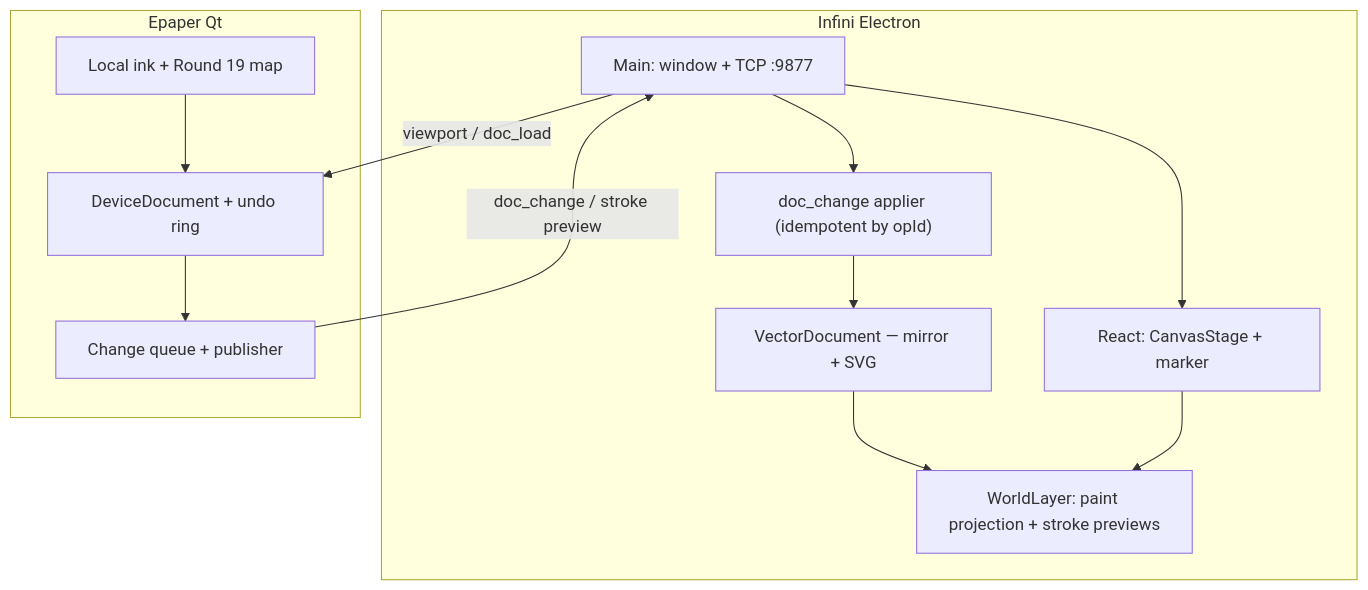
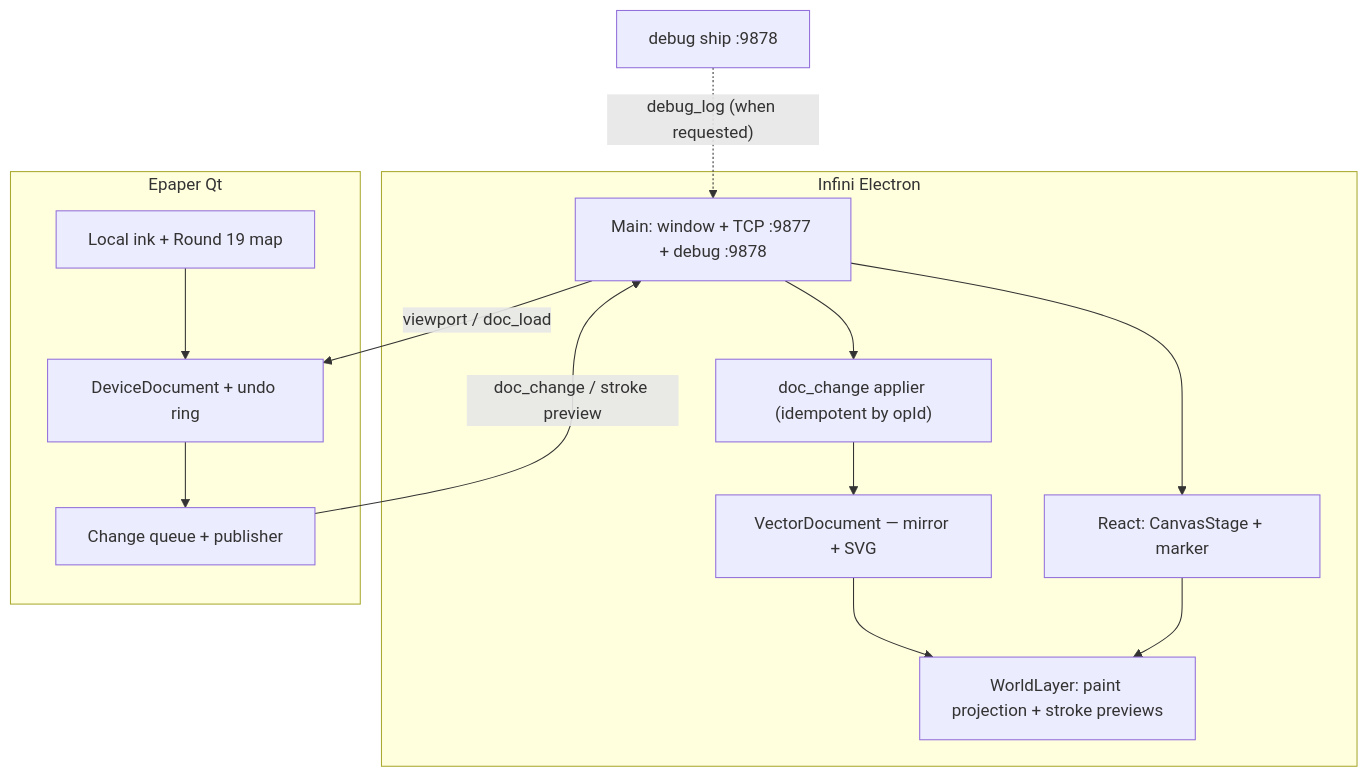
The second of 2 diagrams in .docs/modules/infini/architecture.md (hoaidv/reawa), drawn with Mermaid before and after one commit. The commit also changed other lines of this file and 46 other files, not shown here.

````diff
--- a/.docs/modules/infini/architecture.md
+++ b/.docs/modules/infini/architecture.md
@@ -81,24 +81,25 @@
 ```mermaid
 flowchart TB
   subgraph desktop["Infini Electron"]
-    main["Main: window + TCP :9877"]
+    main["Main: window + TCP :9877 + debug :9878"]
     ui["React: CanvasStage + marker"]
     applier["doc_change applier (idempotent by opId)"]
     tree["VectorDocument — mirror + SVG"]
     world["WorldLayer: paint projection + stroke previews"]
     main --> ui
     main --> applier
     applier --> tree
     tree --> world
     ui --> world
   end
   subgraph device["Epaper Qt"]
     ink["Local ink + Round 19 map"]
     doc["DeviceDocument + undo ring"]
     pub["Change queue + publisher"]
     ink --> doc
     doc --> pub
   end
   pub -->|"doc_change / stroke preview"| main
   main -->|"viewport / doc_load"| doc
+  logs["debug ship :9878"] -.->|"debug_log (when requested)"| main
 ```
````
